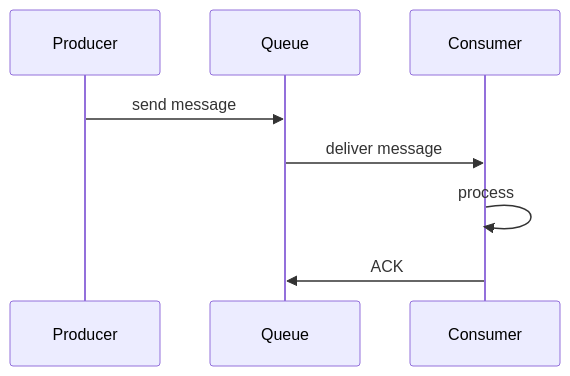
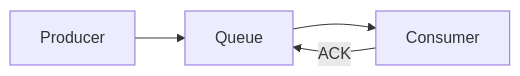
The first of 24 diagrams in 06-messaging-and-events/README.md (hareramcse/SystemDesign), drawn with Mermaid before and after one commit. The commit also changed other lines of this file and 14 other files, not shown here.

````diff
--- a/06-messaging-and-events/README.md
+++ b/06-messaging-and-events/README.md
@@ -158,10 +102,6 @@
 ```mermaid
-sequenceDiagram
-    participant P as Producer
-    participant Q as Queue
-    participant C as Consumer
-    P->>Q: send message
-    Q->>C: deliver message
-    C->>C: process
-    C->>Q: ACK
+flowchart LR
+    P[Producer] --> Q[Queue]
+    Q --> C[Consumer]
+    C -->|ACK| Q
 ```
````
